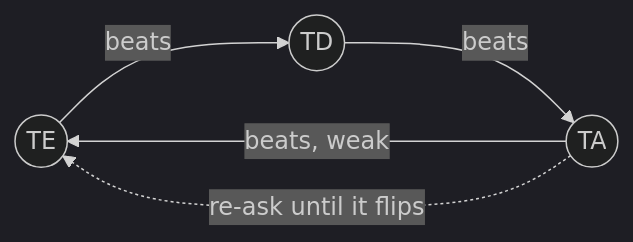
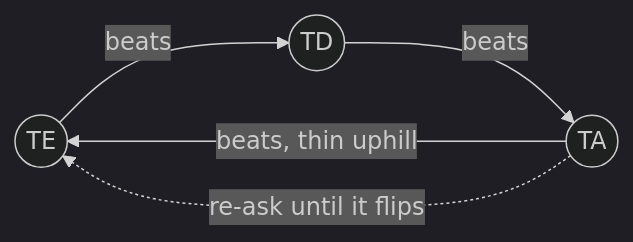
Before and after one commit to sgaliamov/keyvolve: the third of 3 diagrams in docs/rank-mode.md, drawn with Mermaid (dark theme). The commit also changed other lines of this file and 6 other files, not shown here.

````diff
--- a/docs/rank-mode.md
+++ b/docs/rank-mode.md
@@ -126,7 +124,7 @@
 ```mermaid
 flowchart LR
     A((TE)) -->|beats| B((TD))
     B -->|beats| C((TA))
-    C -->|beats, weak| A
+    C -->|beats, thin uphill| A
     C -.->|re-ask until it flips| A
 ```
````
